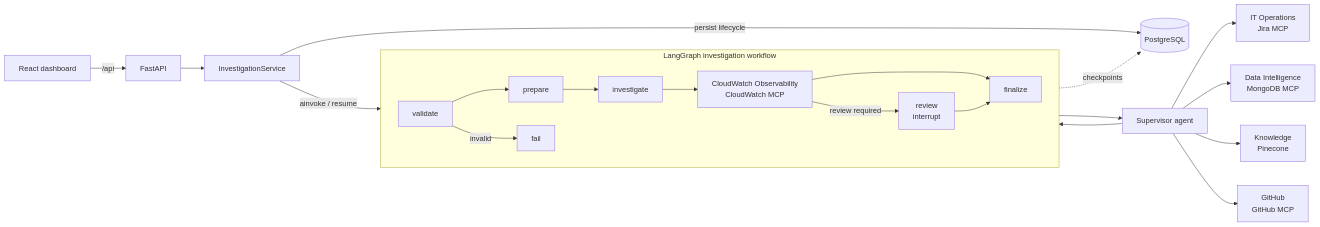
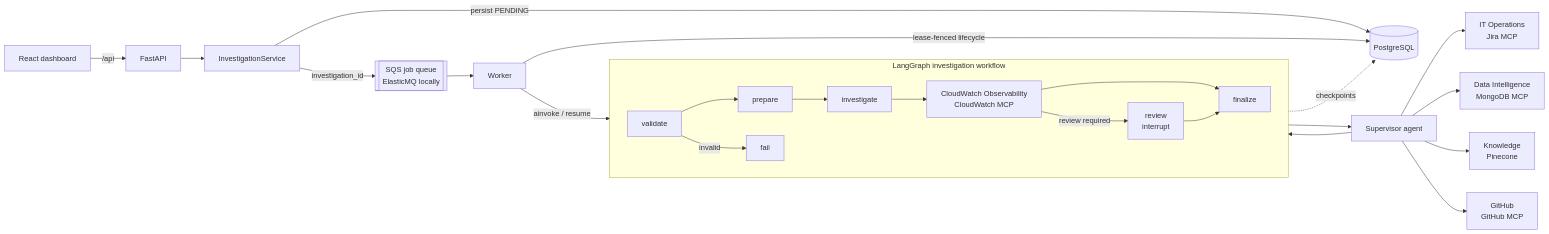
One commit to YanivBohbot/incidentflow changed the diagram in README.md. Above: the diagram before and after it, drawn with Mermaid. The commit also changed other lines of this file, not shown here.

First line of the commit message:
Describe the queue-fed worker in the README

````diff
--- a/README.md
+++ b/README.md
@@ -68,24 +68,27 @@
 ```mermaid
 flowchart LR
     UI[React dashboard] -->|/api| API[FastAPI]
     API --> SVC[InvestigationService]
-    SVC -->|persist lifecycle| PG[(PostgreSQL)]
-    SVC -->|ainvoke / resume| WF
+    SVC -->|persist PENDING| PG[(PostgreSQL)]
+    SVC -->|investigation_id| Q[[SQS job queue<br/>ElasticMQ locally]]
+    Q --> WK[Worker]
+    WK -->|lease-fenced lifecycle| PG
+    WK -->|ainvoke / resume| WF
 
     subgraph WF[LangGraph investigation workflow]
         direction LR
         V[validate] --> P[prepare] --> I[investigate] --> C[capture_report]
         C -->|review required| R[review<br/>interrupt]
         C --> F[finalize]
         R --> F
         V -->|invalid| X[fail]
     end
 
     WF -.checkpoints.-> PG
     I --> SUP[Supervisor agent]
     SUP --> J[IT Operations<br/>Jira MCP]
     SUP --> D[Data Intelligence<br/>MongoDB MCP]
     SUP --> K[Knowledge<br/>Pinecone]
     SUP --> G[GitHub<br/>GitHub MCP]
     SUP --> C[CloudWatch Observability<br/>CloudWatch MCP]
 ```
````
